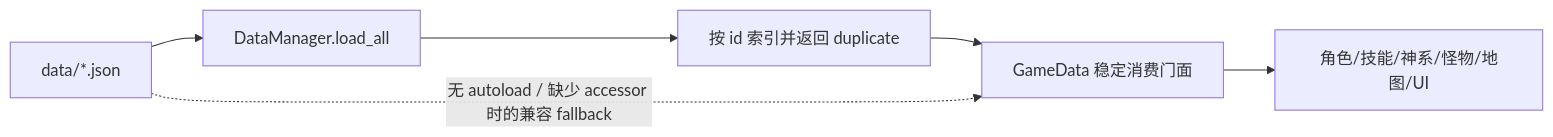
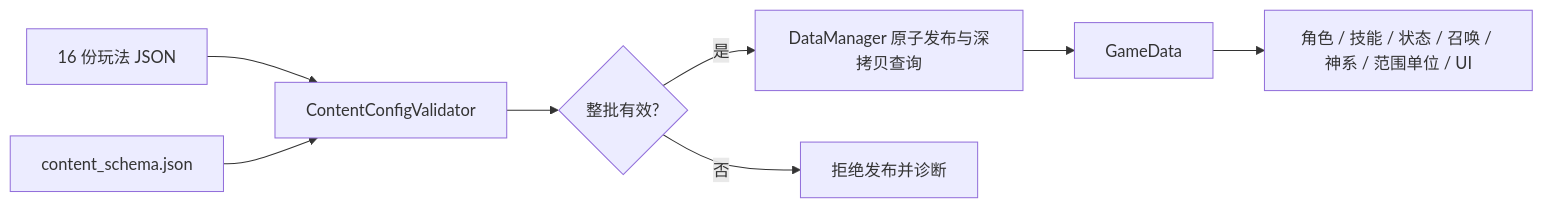
One commit to dengjunxicool-ai/roguelike_survivor changed the second of 8 diagrams in docs/PROJECT_SYSTEMS_OVERVIEW.md. Above: the diagram before and after it, drawn with Mermaid. The commit also changed other lines of this file and 317 other files, not shown here.

````diff
--- a/docs/PROJECT_SYSTEMS_OVERVIEW.md
+++ b/docs/PROJECT_SYSTEMS_OVERVIEW.md
@@ -60,8 +62,10 @@
 ```mermaid
 flowchart LR
-    A["data/*.json"] --> B["DataManager.load_all"]
-    B --> C["按 id 索引并返回 duplicate"]
-    C --> D["GameData 稳定消费门面"]
-    D --> E["角色/技能/神系/怪物/地图/UI"]
-    A -. "无 autoload / 缺少 accessor 时的兼容 fallback" .-> D
+    A[16 份玩法 JSON] --> B[ContentConfigValidator]
+    S[content_schema.json] --> B
+    B --> C{整批有效?}
+    C -->|是| D[DataManager 原子发布与深拷贝查询]
+    C -->|否| E[拒绝发布并诊断]
+    D --> F[GameData]
+    F --> G[角色 / 技能 / 状态 / 召唤 / 神系 / 范围单位 / UI]
 ```
````
